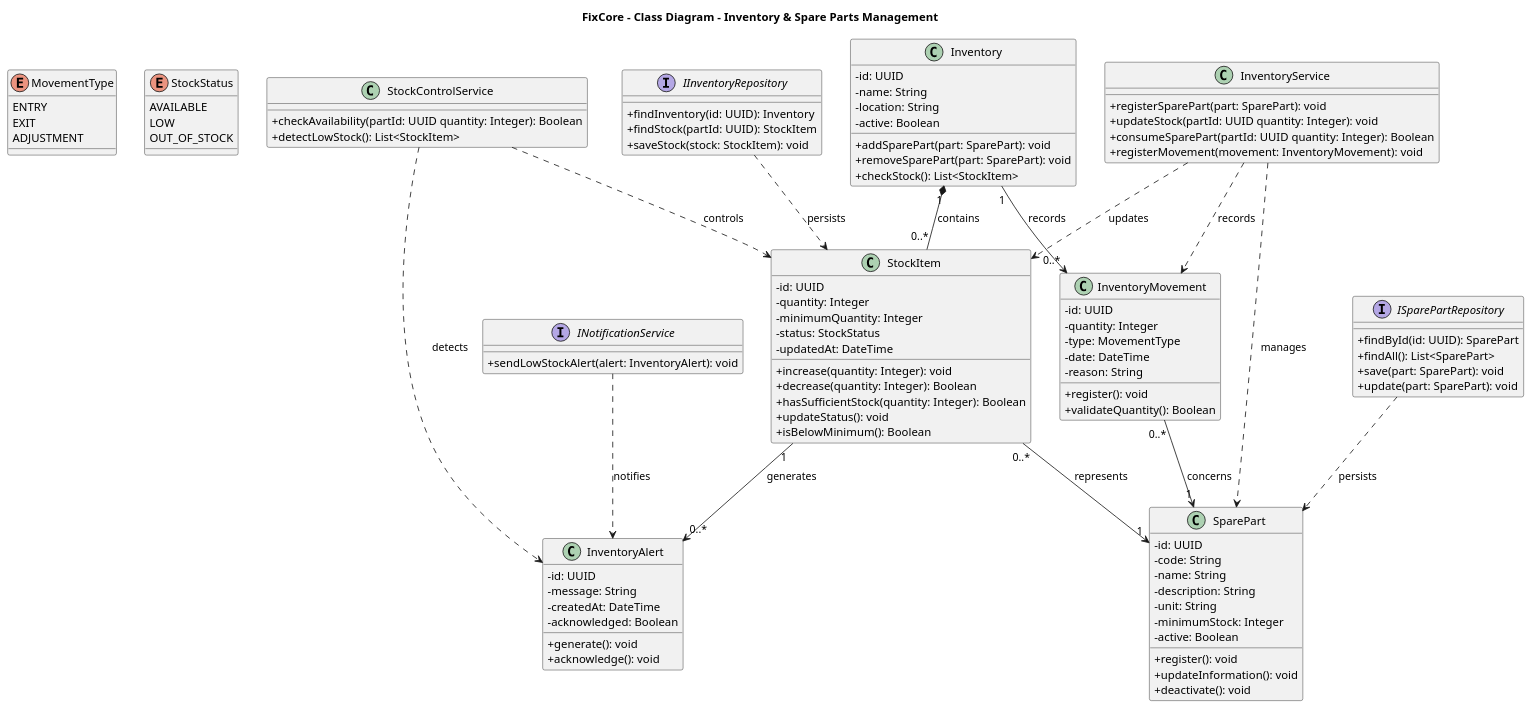
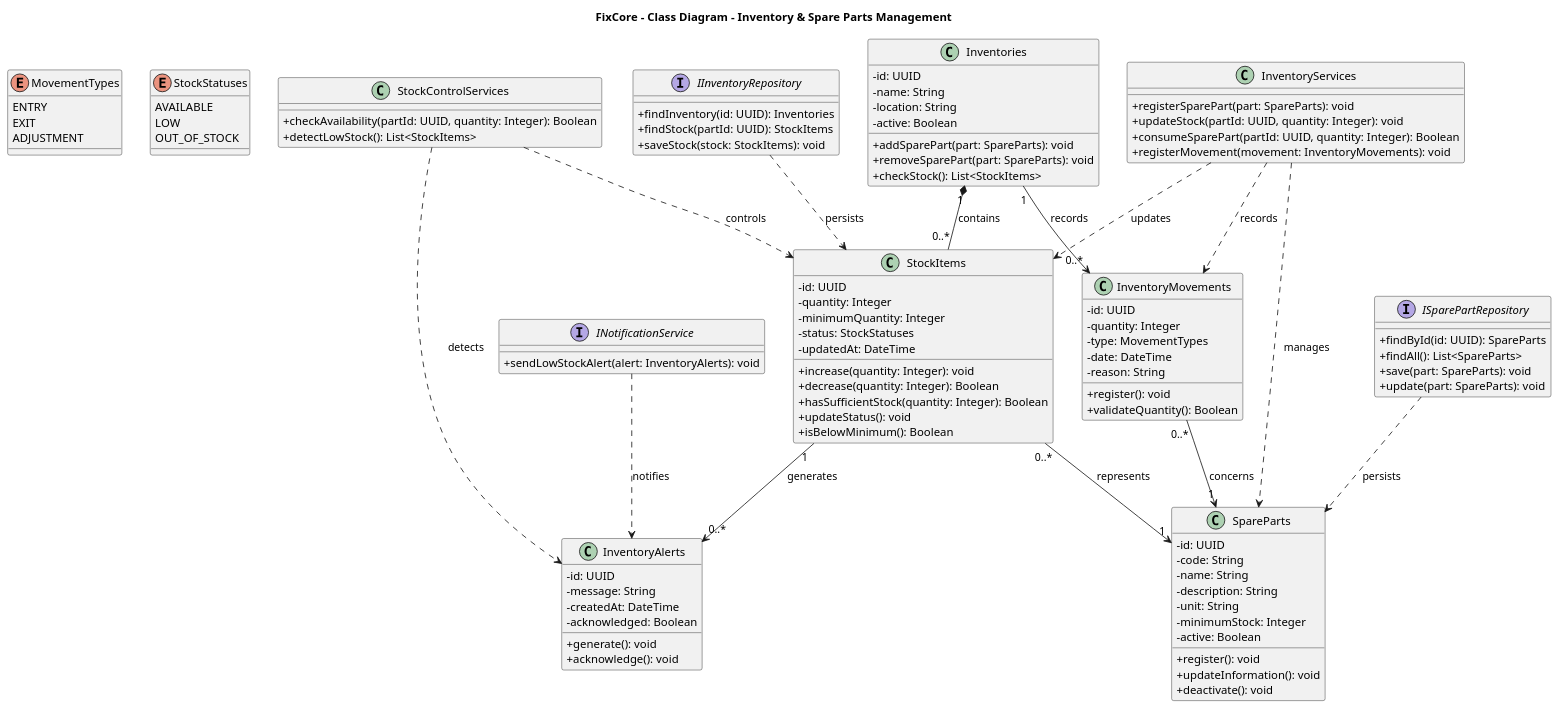
Before and after one commit to TechMakers-upc/Report: the diagram in report/assets/diagrams/class-diagrams/class-diagram-BC5.puml, drawn with PlantUML. The commit also changed 30 other files, not shown here.

Commit message:
fix(report): fix conventions in class, database, and c4 diagrams

```diff
--- a/report/assets/diagrams/class-diagrams/class-diagram-BC5.puml
+++ b/report/assets/diagrams/class-diagrams/class-diagram-BC5.puml
@@ -1,136 +1,134 @@
-@startuml FixCore_Inventory
-
+@startuml
 title FixCore - Class Diagram - Inventory & Spare Parts Management
 
 skinparam classAttributeIconSize 0
 
 ' tipos de movimientos y estados de stock
-enum MovementType {
+enum MovementTypes {
     ENTRY
     EXIT
     ADJUSTMENT
 }
 
-enum StockStatus {
+enum StockStatuses {
     AVAILABLE
     LOW
     OUT_OF_STOCK
 }
 
 ' clases principales para repuestos e inventario
-class SparePart {
+class SpareParts {
     - id: UUID
     - code: String
     - name: String
     - description: String
     - unit: String
     - minimumStock: Integer
     - active: Boolean
 
     + register(): void
     + updateInformation(): void
     + deactivate(): void
 }
 
-class Inventory {
+class Inventories {
     - id: UUID
     - name: String
     - location: String
     - active: Boolean
 
-    + addSparePart(part: SparePart): void
-    + removeSparePart(part: SparePart): void
-    + checkStock(): List<StockItem>
+    + addSparePart(part: SpareParts): void
+    + removeSparePart(part: SpareParts): void
+    + checkStock(): List<StockItems>
 }
 
-class StockItem {
+class StockItems {
     - id: UUID
     - quantity: Integer
     - minimumQuantity: Integer
-    - status: StockStatus
+    - status: StockStatuses
     - updatedAt: DateTime
 
     + increase(quantity: Integer): void
     + decrease(quantity: Integer): Boolean
     + hasSufficientStock(quantity: Integer): Boolean
     + updateStatus(): void
     + isBelowMinimum(): Boolean
 }
 
-class InventoryMovement {
+class InventoryMovements {
     - id: UUID
     - quantity: Integer
-    - type: MovementType
+    - type: MovementTypes
     - date: DateTime
     - reason: String
 
     + register(): void
     + validateQuantity(): Boolean
 }
 
-class InventoryAlert {
+class InventoryAlerts {
     - id: UUID
     - message: String
     - createdAt: DateTime
     - acknowledged: Boolean
 
     + generate(): void
     + acknowledge(): void
 }
 
 ' servicios del negocio
-class InventoryService {
-    + registerSparePart(part: SparePart): void
-    + updateStock(partId: UUID quantity: Integer): void
-    + consumeSparePart(partId: UUID quantity: Integer): Boolean
-    + registerMovement(movement: InventoryMovement): void
+class InventoryServices {
+    + registerSparePart(part: SpareParts): void
+    + updateStock(partId: UUID, quantity: Integer): void
+    + consumeSparePart(partId: UUID, quantity: Integer): Boolean
+    + registerMovement(movement: InventoryMovements): void
 }
 
-class StockControlService {
-    + checkAvailability(partId: UUID quantity: Integer): Boolean
-    + detectLowStock(): List<StockItem>
+class StockControlServices {
+    + checkAvailability(partId: UUID, quantity: Integer): Boolean
+    + detectLowStock(): List<StockItems>
 }
 
 ' interfaces y repositorios
 interface ISparePartRepository {
-    + findById(id: UUID): SparePart
-    + findAll(): List<SparePart>
-    + save(part: SparePart): void
-    + update(part: SparePart): void
+    + findById(id: UUID): SpareParts
+    + findAll(): List<SpareParts>
+    + save(part: SpareParts): void
+    + update(part: SpareParts): void
 }
 
 interface IInventoryRepository {
-    + findInventory(id: UUID): Inventory
-    + findStock(partId: UUID): StockItem
-    + saveStock(stock: StockItem): void
+    + findInventory(id: UUID): Inventories
+    + findStock(partId: UUID): StockItems
+    + saveStock(stock: StockItems): void
 }
 
 interface INotificationService {
-    + sendLowStockAlert(alert: InventoryAlert): void
+    + sendLowStockAlert(alert: InventoryAlerts): void
 }
 
 ' relaciones del diagrama
-Inventory "1" *-- "0..*" StockItem : contains
+Inventories "1" *-- "0..*" StockItems : contains
 
-StockItem "0..*" --> "1" SparePart : represents
+StockItems "0..*" --> "1" SpareParts : represents
 
-Inventory "1" --> "0..*" InventoryMovement : records
+Inventories "1" --> "0..*" InventoryMovements : records
 
-InventoryMovement "0..*" --> "1" SparePart : concerns
+InventoryMovements "0..*" --> "1" SpareParts : concerns
 
-StockItem "1" --> "0..*" InventoryAlert : generates
+StockItems "1" --> "0..*" InventoryAlerts : generates
 
 ' uso de servicios y persistencia
-InventoryService ..> SparePart : manages
-InventoryService ..> StockItem : updates
-InventoryService ..> InventoryMovement : records
+InventoryServices ..> SpareParts : manages
+InventoryServices ..> StockItems : updates
+InventoryServices ..> InventoryMovements : records
 
-StockControlService ..> StockItem : controls
-StockControlService ..> InventoryAlert : detects
+StockControlServices ..> StockItems : controls
+StockControlServices ..> InventoryAlerts : detects
 
-ISparePartRepository ..> SparePart : persists
-IInventoryRepository ..> StockItem : persists
+ISparePartRepository ..> SpareParts : persists
+IInventoryRepository ..> StockItems : persists
 
-INotificationService ..> InventoryAlert : notifies
-
+INotificationService ..> InventoryAlerts : notifies
 @enduml
```
